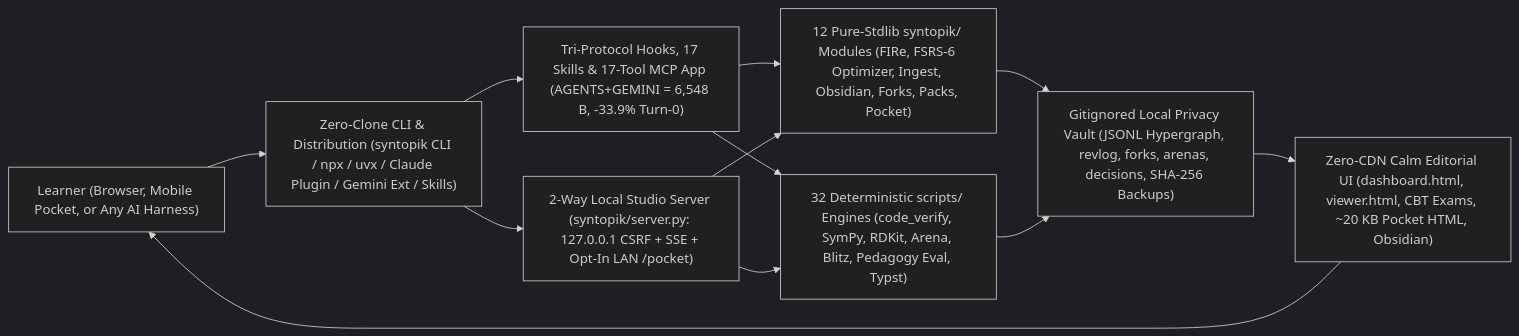
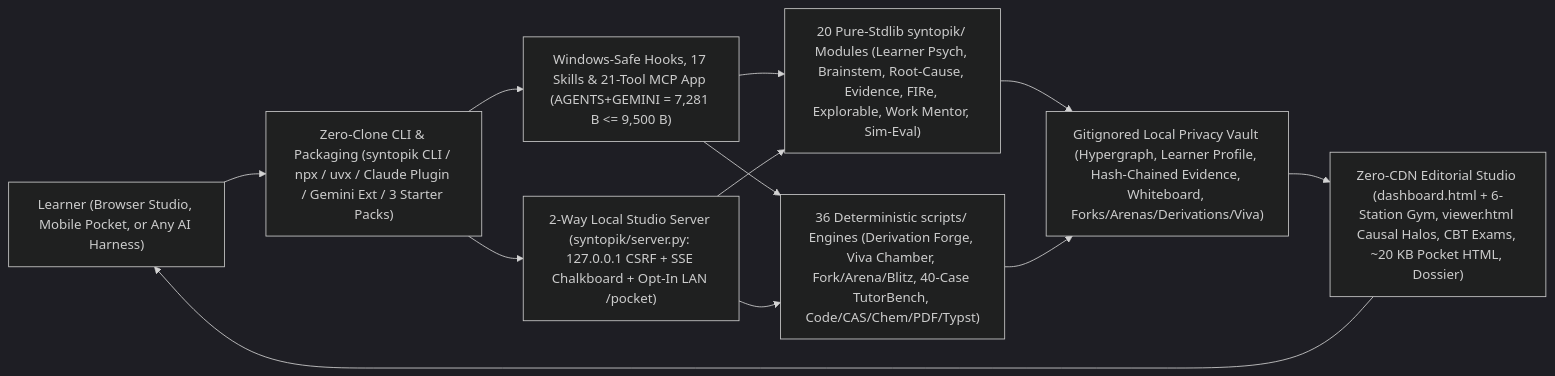
Before and after one commit to HridayKapoor/syntopik: the diagram in README.md, drawn with Mermaid (dark theme). The commit also changed other lines of this file and 90 other files, not shown here.

Commit message:
feat(v3.0): release Syntopik v3.0.0 — Personal AI Teacher OS, 3-cadence learner psychology, Brainstem, playable Mastery Gym, Syntopik-Eval & live GitHub Pages sandbox

````diff
--- a/README.md
+++ b/README.md
@@ -108,14 +150,14 @@
 ```mermaid
 flowchart LR
-    Learner["Learner (Browser, Mobile Pocket, or Any AI Harness)"] --> Entry["Zero-Clone CLI & Distribution (syntopik CLI / npx / uvx / Claude Plugin / Gemini Ext / Skills)"]
-    Entry --> Harness["Tri-Protocol Hooks, 17 Skills & 17-Tool MCP App (AGENTS+GEMINI = 6,548 B, -33.9% Turn-0)"]
-    Entry --> Server["2-Way Local Studio Server (syntopik/server.py: 127.0.0.1 CSRF + SSE + Opt-In LAN /pocket)"]
-    Harness --> Core["12 Pure-Stdlib syntopik/ Modules (FIRe, FSRS-6 Optimizer, Ingest, Obsidian, Forks, Packs, Pocket)"]
-    Harness --> Scripts["32 Deterministic scripts/ Engines (code_verify, SymPy, RDKit, Arena, Blitz, Pedagogy Eval, Typst)"]
+    Learner["Learner (Browser Studio, Mobile Pocket, or Any AI Harness)"] --> Entry["Zero-Clone CLI & Packaging (syntopik CLI / npx / uvx / Claude Plugin / Gemini Ext / 3 Starter Packs)"]
+    Entry --> Harness["Windows-Safe Hooks, 17 Skills & 21-Tool MCP App (AGENTS+GEMINI = 7,281 B <= 9,500 B)"]
+    Entry --> Server["2-Way Local Studio Server (syntopik/server.py: 127.0.0.1 CSRF + SSE Chalkboard + Opt-In LAN /pocket)"]
+    Harness --> Core["20 Pure-Stdlib syntopik/ Modules (Learner Psych, Brainstem, Root-Cause, Evidence, FIRe, Explorable, Work Mentor, Sim-Eval)"]
+    Harness --> Scripts["36 Deterministic scripts/ Engines (Derivation Forge, Viva Chamber, Fork/Arena/Blitz, 40-Case TutorBench, Code/CAS/Chem/PDF/Typst)"]
     Server --> Core
     Server --> Scripts
-    Core --> State["Gitignored Local Privacy Vault (JSONL Hypergraph, revlog, forks, arenas, decisions, SHA-256 Backups)"]
+    Core --> State["Gitignored Local Privacy Vault (Hypergraph, Learner Profile, Hash-Chained Evidence, Whiteboard, Forks/Arenas/Derivations/Viva)"]
     Scripts --> State
-    State --> UI["Zero-CDN Calm Editorial UI (dashboard.html, viewer.html, CBT Exams, ~20 KB Pocket HTML, Obsidian)"]
+    State --> UI["Zero-CDN Editorial Studio (dashboard.html + 6-Station Gym, viewer.html Causal Halos, CBT Exams, ~20 KB Pocket HTML, Dossier)"]
     UI --> Learner
 ```
````
